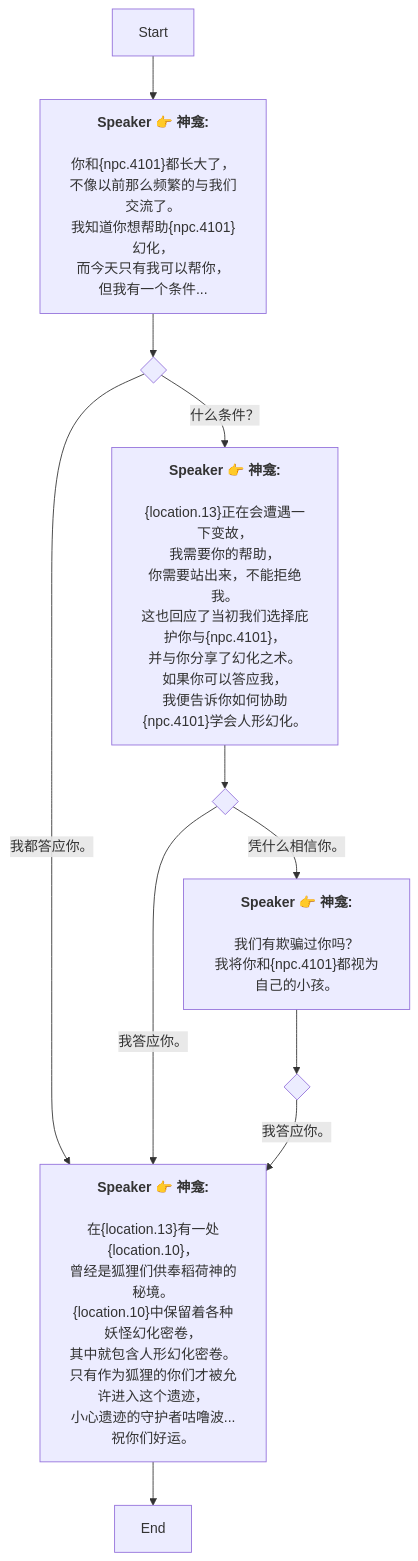
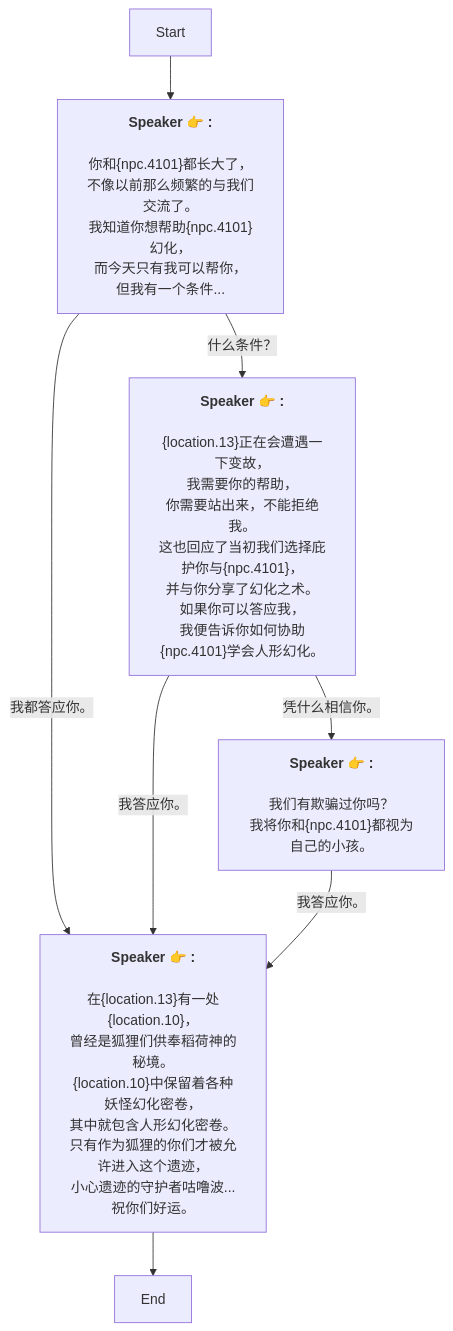
One commit to SoftHu/tos_avg changed the diagram in Zh/QuestTalkObjectiveNode_1738550119098627.md. Above: the diagram before and after it, drawn with Mermaid. The commit also changed 737 other files, not shown here.

````diff
--- a/Zh/QuestTalkObjectiveNode_1738550119098627.md
+++ b/Zh/QuestTalkObjectiveNode_1738550119098627.md
@@ -1,55 +1,34 @@
 ```mermaid
 graph
-Start -->1738550145333510[<b>Speaker 👉 神龛:</b>
-
-你和&lbrace;npc.4101&rbrace;都长大了，
-不像以前那么频繁的与我们交流了。
-我知道你想帮助&lbrace;npc.4101&rbrace;幻化，
+Start -->1738550145333510[<b>Speaker 👉 :</b>
+\n你和&lbrace;npc.4101&rbrace;都长大了，
+不像以前那么频繁的与我们交流了。\n我知道你想帮助&lbrace;npc.4101&rbrace;幻化，
 而今天只有我可以帮你，
 但我有一个条件...]
-1738550145333510 -->1738550565798151{ }
-1738550565798151 -->|什么条件？|1738550618203404[<b>Speaker 👉 神龛:</b>
-
-&lbrace;location.13&rbrace;正在会遭遇一下变故，
+1738550145333510 -->|什么条件？|1738550618203404[<b>Speaker 👉 :</b>
+\n&lbrace;location.13&rbrace;正在会遭遇一下变故，
 我需要你的帮助，
-你需要站出来，不能拒绝我。
-这也回应了当初我们选择庇护你与&lbrace;npc.4101&rbrace;，
-并与你分享了幻化之术。
-如果你可以答应我，
+你需要站出来，不能拒绝我。\n这也回应了当初我们选择庇护你与&lbrace;npc.4101&rbrace;，
+并与你分享了幻化之术。\n如果你可以答应我，
 我便告诉你如何协助&lbrace;npc.4101&rbrace;学会人形幻化。]
-1738550565798151 -->|我都答应你。|1738550822708499[<b>Speaker 👉 神龛:</b>
-
-在&lbrace;location.13&rbrace;有一处&lbrace;location.10&rbrace;，
-曾经是狐狸们供奉稻荷神的秘境。
-&lbrace;location.10&rbrace;中保留着各种妖怪幻化密卷，
-其中就包含人形幻化密卷。
-只有作为狐狸的你们才被允许进入这个遗迹，
-小心遗迹的守护者咕噜波...
-祝你们好运。]
-1738550618203404 -->1738550730254605{ }
-1738550730254605 -->|凭什么相信你。|1738550764796178[<b>Speaker 👉 神龛:</b>
-
-我们有欺骗过你吗？
+1738550145333510 -->|我都答应你。|1738550822708499[<b>Speaker 👉 :</b>
+\n在&lbrace;location.13&rbrace;有一处&lbrace;location.10&rbrace;，
+曾经是狐狸们供奉稻荷神的秘境。\n&lbrace;location.10&rbrace;中保留着各种妖怪幻化密卷，
+其中就包含人形幻化密卷。\n只有作为狐狸的你们才被允许进入这个遗迹，
+小心遗迹的守护者咕噜波...\n祝你们好运。]
+1738550618203404 -->|凭什么相信你。|1738550764796178[<b>Speaker 👉 :</b>
+\n我们有欺骗过你吗？
 我将你和&lbrace;npc.4101&rbrace;都视为自己的小孩。]
-1738550730254605 -->|我答应你。|1738550822708499[<b>Speaker 👉 神龛:</b>
-
-在&lbrace;location.13&rbrace;有一处&lbrace;location.10&rbrace;，
-曾经是狐狸们供奉稻荷神的秘境。
-&lbrace;location.10&rbrace;中保留着各种妖怪幻化密卷，
-其中就包含人形幻化密卷。
-只有作为狐狸的你们才被允许进入这个遗迹，
-小心遗迹的守护者咕噜波...
-祝你们好运。]
-1738550764796178 -->1738550844145941{ }
-1738550844145941 -->|我答应你。|1738550822708499[<b>Speaker 👉 神龛:</b>
-
-在&lbrace;location.13&rbrace;有一处&lbrace;location.10&rbrace;，
-曾经是狐狸们供奉稻荷神的秘境。
-&lbrace;location.10&rbrace;中保留着各种妖怪幻化密卷，
-其中就包含人形幻化密卷。
-只有作为狐狸的你们才被允许进入这个遗迹，
-小心遗迹的守护者咕噜波...
-祝你们好运。]
+1738550618203404 -->|我答应你。|1738550822708499[<b>Speaker 👉 :</b>
+\n在&lbrace;location.13&rbrace;有一处&lbrace;location.10&rbrace;，
+曾经是狐狸们供奉稻荷神的秘境。\n&lbrace;location.10&rbrace;中保留着各种妖怪幻化密卷，
+其中就包含人形幻化密卷。\n只有作为狐狸的你们才被允许进入这个遗迹，
+小心遗迹的守护者咕噜波...\n祝你们好运。]
+1738550764796178 -->|我答应你。|1738550822708499[<b>Speaker 👉 :</b>
+\n在&lbrace;location.13&rbrace;有一处&lbrace;location.10&rbrace;，
+曾经是狐狸们供奉稻荷神的秘境。\n&lbrace;location.10&rbrace;中保留着各种妖怪幻化密卷，
+其中就包含人形幻化密卷。\n只有作为狐狸的你们才被允许进入这个遗迹，
+小心遗迹的守护者咕噜波...\n祝你们好运。]
 1738550822708499 -->1738550989306136[End]
 
- ```
+```
````
